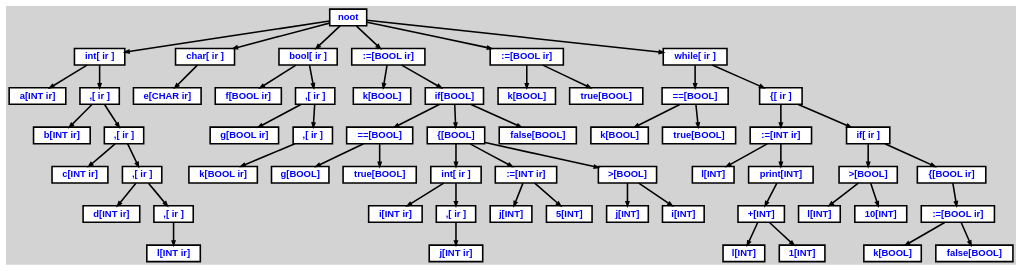
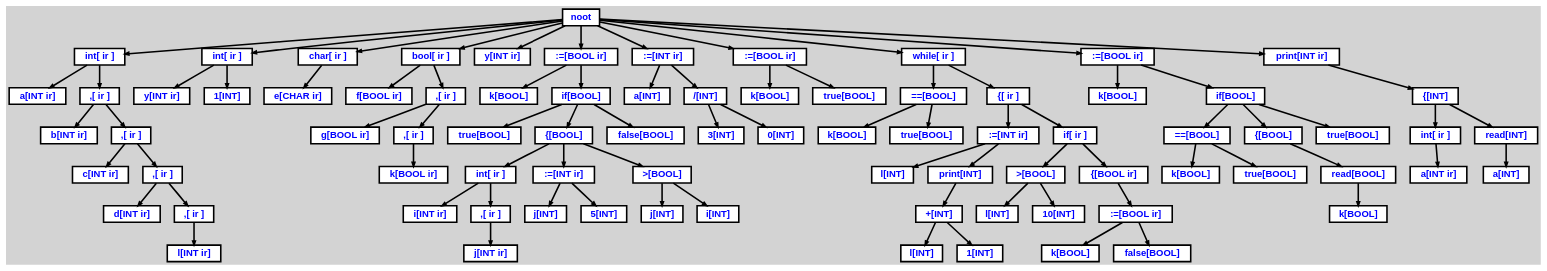
The diagram in examples/example.dot (Shamaoke/Noot-Compiler), drawn with Graphviz before and after one commit. The commit also changed 22 other files, not shown here.

```diff
--- a/examples/example.dot
+++ b/examples/example.dot
@@ -22,77 +22,111 @@
   n9 [label=",[ ir ]"];
   n9 [label=",[ ir ]"];
   n10 [label="l[INT ir]"];
-  n11 [label="char[ ir ]"];
-  n11 [label="char[ ir ]"];
-  n12 [label="e[CHAR ir]"];
-  n13 [label="bool[ ir ]"];
-  n13 [label="bool[ ir ]"];
-  n14 [label="f[BOOL ir]"];
-  n15 [label=",[ ir ]"];
-  n15 [label=",[ ir ]"];
-  n16 [label="g[BOOL ir]"];
-  n17 [label=",[ ir ]"];
-  n17 [label=",[ ir ]"];
-  n18 [label="k[BOOL ir]"];
-  n19 [label=":=[BOOL ir]"];
-  n19 [label=":=[BOOL ir]"];
-  n20 [label="k[BOOL]"];
-  n21 [label="if[BOOL]"];
-  n21 [label="if[BOOL]"];
-  n22 [label="==[BOOL]"];
-  n22 [label="==[BOOL]"];
-  n23 [label="g[BOOL]"];
-  n24 [label="true[BOOL]"];
-  n25 [label="{[BOOL]"];
-  n25 [label="{[BOOL]"];
-  n26 [label="int[ ir ]"];
-  n26 [label="int[ ir ]"];
-  n27 [label="i[INT ir]"];
-  n28 [label=",[ ir ]"];
-  n28 [label=",[ ir ]"];
-  n29 [label="j[INT ir]"];
-  n30 [label=":=[INT ir]"];
-  n30 [label=":=[INT ir]"];
-  n31 [label="j[INT]"];
-  n32 [label="5[INT]"];
-  n33 [label=">[BOOL]"];
-  n33 [label=">[BOOL]"];
-  n34 [label="j[INT]"];
-  n35 [label="i[INT]"];
-  n36 [label="false[BOOL]"];
-  n37 [label=":=[BOOL ir]"];
-  n37 [label=":=[BOOL ir]"];
-  n38 [label="k[BOOL]"];
-  n39 [label="true[BOOL]"];
-  n40 [label="while[ ir ]"];
-  n40 [label="while[ ir ]"];
-  n41 [label="==[BOOL]"];
-  n41 [label="==[BOOL]"];
-  n42 [label="k[BOOL]"];
-  n43 [label="true[BOOL]"];
-  n44 [label="{[ ir ]"];
-  n44 [label="{[ ir ]"];
-  n45 [label=":=[INT ir]"];
-  n45 [label=":=[INT ir]"];
-  n46 [label="l[INT]"];
-  n47 [label="print[INT]"];
-  n47 [label="print[INT]"];
-  n48 [label="+[INT]"];
-  n48 [label="+[INT]"];
-  n49 [label="l[INT]"];
-  n50 [label="1[INT]"];
-  n51 [label="if[ ir ]"];
-  n51 [label="if[ ir ]"];
-  n52 [label=">[BOOL]"];
-  n52 [label=">[BOOL]"];
+  n11 [label="int[ ir ]"];
+  n11 [label="int[ ir ]"];
+  n12 [label="y[INT ir]"];
+  n13 [label="1[INT]"];
+  n14 [label="char[ ir ]"];
+  n14 [label="char[ ir ]"];
+  n15 [label="e[CHAR ir]"];
+  n16 [label="bool[ ir ]"];
+  n16 [label="bool[ ir ]"];
+  n17 [label="f[BOOL ir]"];
+  n18 [label=",[ ir ]"];
+  n18 [label=",[ ir ]"];
+  n19 [label="g[BOOL ir]"];
+  n20 [label=",[ ir ]"];
+  n20 [label=",[ ir ]"];
+  n21 [label="k[BOOL ir]"];
+  n22 [label="y[INT ir]"];
+  n23 [label=":=[BOOL ir]"];
+  n23 [label=":=[BOOL ir]"];
+  n24 [label="k[BOOL]"];
+  n25 [label="if[BOOL]"];
+  n25 [label="if[BOOL]"];
+  n26 [label="true[BOOL]"];
+  n27 [label="{[BOOL]"];
+  n27 [label="{[BOOL]"];
+  n28 [label="int[ ir ]"];
+  n28 [label="int[ ir ]"];
+  n29 [label="i[INT ir]"];
+  n30 [label=",[ ir ]"];
+  n30 [label=",[ ir ]"];
+  n31 [label="j[INT ir]"];
+  n32 [label=":=[INT ir]"];
+  n32 [label=":=[INT ir]"];
+  n33 [label="j[INT]"];
+  n34 [label="5[INT]"];
+  n35 [label=">[BOOL]"];
+  n35 [label=">[BOOL]"];
+  n36 [label="j[INT]"];
+  n37 [label="i[INT]"];
+  n38 [label="false[BOOL]"];
+  n39 [label=":=[INT ir]"];
+  n39 [label=":=[INT ir]"];
+  n40 [label="a[INT]"];
+  n41 [label="/[INT]"];
+  n41 [label="/[INT]"];
+  n42 [label="3[INT]"];
+  n43 [label="0[INT]"];
+  n44 [label=":=[BOOL ir]"];
+  n44 [label=":=[BOOL ir]"];
+  n45 [label="k[BOOL]"];
+  n46 [label="true[BOOL]"];
+  n47 [label="while[ ir ]"];
+  n47 [label="while[ ir ]"];
+  n48 [label="==[BOOL]"];
+  n48 [label="==[BOOL]"];
+  n49 [label="k[BOOL]"];
+  n50 [label="true[BOOL]"];
+  n51 [label="{[ ir ]"];
+  n51 [label="{[ ir ]"];
+  n52 [label=":=[INT ir]"];
+  n52 [label=":=[INT ir]"];
   n53 [label="l[INT]"];
-  n54 [label="10[INT]"];
-  n55 [label="{[BOOL ir]"];
-  n55 [label="{[BOOL ir]"];
-  n56 [label=":=[BOOL ir]"];
-  n56 [label=":=[BOOL ir]"];
-  n57 [label="k[BOOL]"];
-  n58 [label="false[BOOL]"];
+  n54 [label="print[INT]"];
+  n54 [label="print[INT]"];
+  n55 [label="+[INT]"];
+  n55 [label="+[INT]"];
+  n56 [label="l[INT]"];
+  n57 [label="1[INT]"];
+  n58 [label="if[ ir ]"];
+  n58 [label="if[ ir ]"];
+  n59 [label=">[BOOL]"];
+  n59 [label=">[BOOL]"];
+  n60 [label="l[INT]"];
+  n61 [label="10[INT]"];
+  n62 [label="{[BOOL ir]"];
+  n62 [label="{[BOOL ir]"];
+  n63 [label=":=[BOOL ir]"];
+  n63 [label=":=[BOOL ir]"];
+  n64 [label="k[BOOL]"];
+  n65 [label="false[BOOL]"];
+  n66 [label=":=[BOOL ir]"];
+  n66 [label=":=[BOOL ir]"];
+  n67 [label="k[BOOL]"];
+  n68 [label="if[BOOL]"];
+  n68 [label="if[BOOL]"];
+  n69 [label="==[BOOL]"];
+  n69 [label="==[BOOL]"];
+  n70 [label="k[BOOL]"];
+  n71 [label="true[BOOL]"];
+  n72 [label="{[BOOL]"];
+  n72 [label="{[BOOL]"];
+  n73 [label="read[BOOL]"];
+  n73 [label="read[BOOL]"];
+  n74 [label="k[BOOL]"];
+  n75 [label="true[BOOL]"];
+  n76 [label="print[INT ir]"];
+  n76 [label="print[INT ir]"];
+  n77 [label="{[INT]"];
+  n77 [label="{[INT]"];
+  n78 [label="int[ ir ]"];
+  n78 [label="int[ ir ]"];
+  n79 [label="a[INT ir]"];
+  n80 [label="read[INT]"];
+  n80 [label="read[INT]"];
+  n81 [label="a[INT]"];
 
   n0 -> n1 // "noot" -> "int[ ir ]"
   n1 -> n2 // "int[ ir ]" -> "a[INT ir]"
@@ -104,53 +138,76 @@
   n7 -> n8 // ",[ ir ]" -> "d[INT ir]"
   n7 -> n9 // ",[ ir ]" -> ",[ ir ]"
   n9 -> n10 // ",[ ir ]" -> "l[INT ir]"
-  n0 -> n11 // "noot" -> "char[ ir ]"
-  n11 -> n12 // "char[ ir ]" -> "e[CHAR ir]"
-  n0 -> n13 // "noot" -> "bool[ ir ]"
-  n13 -> n14 // "bool[ ir ]" -> "f[BOOL ir]"
-  n13 -> n15 // "bool[ ir ]" -> ",[ ir ]"
-  n15 -> n16 // ",[ ir ]" -> "g[BOOL ir]"
-  n15 -> n17 // ",[ ir ]" -> ",[ ir ]"
-  n17 -> n18 // ",[ ir ]" -> "k[BOOL ir]"
-  n0 -> n19 // "noot" -> ":=[BOOL ir]"
-  n19 -> n20 // ":=[BOOL ir]" -> "k[BOOL]"
-  n19 -> n21 // ":=[BOOL ir]" -> "if[BOOL]"
-  n21 -> n22 // "if[BOOL]" -> "==[BOOL]"
-  n22 -> n23 // "==[BOOL]" -> "g[BOOL]"
-  n22 -> n24 // "==[BOOL]" -> "true[BOOL]"
-  n21 -> n25 // "if[BOOL]" -> "{[BOOL]"
-  n25 -> n26 // "{[BOOL]" -> "int[ ir ]"
-  n26 -> n27 // "int[ ir ]" -> "i[INT ir]"
-  n26 -> n28 // "int[ ir ]" -> ",[ ir ]"
-  n28 -> n29 // ",[ ir ]" -> "j[INT ir]"
-  n25 -> n30 // "{[BOOL]" -> ":=[INT ir]"
-  n30 -> n31 // ":=[INT ir]" -> "j[INT]"
-  n30 -> n32 // ":=[INT ir]" -> "5[INT]"
-  n25 -> n33 // "{[BOOL]" -> ">[BOOL]"
-  n33 -> n34 // ">[BOOL]" -> "j[INT]"
-  n33 -> n35 // ">[BOOL]" -> "i[INT]"
-  n21 -> n36 // "if[BOOL]" -> "false[BOOL]"
-  n0 -> n37 // "noot" -> ":=[BOOL ir]"
-  n37 -> n38 // ":=[BOOL ir]" -> "k[BOOL]"
-  n37 -> n39 // ":=[BOOL ir]" -> "true[BOOL]"
-  n0 -> n40 // "noot" -> "while[ ir ]"
-  n40 -> n41 // "while[ ir ]" -> "==[BOOL]"
-  n41 -> n42 // "==[BOOL]" -> "k[BOOL]"
-  n41 -> n43 // "==[BOOL]" -> "true[BOOL]"
-  n40 -> n44 // "while[ ir ]" -> "{[ ir ]"
-  n44 -> n45 // "{[ ir ]" -> ":=[INT ir]"
-  n45 -> n46 // ":=[INT ir]" -> "l[INT]"
-  n45 -> n47 // ":=[INT ir]" -> "print[INT]"
-  n47 -> n48 // "print[INT]" -> "+[INT]"
-  n48 -> n49 // "+[INT]" -> "l[INT]"
-  n48 -> n50 // "+[INT]" -> "1[INT]"
-  n44 -> n51 // "{[ ir ]" -> "if[ ir ]"
-  n51 -> n52 // "if[ ir ]" -> ">[BOOL]"
-  n52 -> n53 // ">[BOOL]" -> "l[INT]"
-  n52 -> n54 // ">[BOOL]" -> "10[INT]"
-  n51 -> n55 // "if[ ir ]" -> "{[BOOL ir]"
-  n55 -> n56 // "{[BOOL ir]" -> ":=[BOOL ir]"
-  n56 -> n57 // ":=[BOOL ir]" -> "k[BOOL]"
-  n56 -> n58 // ":=[BOOL ir]" -> "false[BOOL]"
+  n0 -> n11 // "noot" -> "int[ ir ]"
+  n11 -> n12 // "int[ ir ]" -> "y[INT ir]"
+  n11 -> n13 // "int[ ir ]" -> "1[INT]"
+  n0 -> n14 // "noot" -> "char[ ir ]"
+  n14 -> n15 // "char[ ir ]" -> "e[CHAR ir]"
+  n0 -> n16 // "noot" -> "bool[ ir ]"
+  n16 -> n17 // "bool[ ir ]" -> "f[BOOL ir]"
+  n16 -> n18 // "bool[ ir ]" -> ",[ ir ]"
+  n18 -> n19 // ",[ ir ]" -> "g[BOOL ir]"
+  n18 -> n20 // ",[ ir ]" -> ",[ ir ]"
+  n20 -> n21 // ",[ ir ]" -> "k[BOOL ir]"
+  n0 -> n22 // "noot" -> "y[INT ir]"
+  n0 -> n23 // "noot" -> ":=[BOOL ir]"
+  n23 -> n24 // ":=[BOOL ir]" -> "k[BOOL]"
+  n23 -> n25 // ":=[BOOL ir]" -> "if[BOOL]"
+  n25 -> n26 // "if[BOOL]" -> "true[BOOL]"
+  n25 -> n27 // "if[BOOL]" -> "{[BOOL]"
+  n27 -> n28 // "{[BOOL]" -> "int[ ir ]"
+  n28 -> n29 // "int[ ir ]" -> "i[INT ir]"
+  n28 -> n30 // "int[ ir ]" -> ",[ ir ]"
+  n30 -> n31 // ",[ ir ]" -> "j[INT ir]"
+  n27 -> n32 // "{[BOOL]" -> ":=[INT ir]"
+  n32 -> n33 // ":=[INT ir]" -> "j[INT]"
+  n32 -> n34 // ":=[INT ir]" -> "5[INT]"
+  n27 -> n35 // "{[BOOL]" -> ">[BOOL]"
+  n35 -> n36 // ">[BOOL]" -> "j[INT]"
+  n35 -> n37 // ">[BOOL]" -> "i[INT]"
+  n25 -> n38 // "if[BOOL]" -> "false[BOOL]"
+  n0 -> n39 // "noot" -> ":=[INT ir]"
+  n39 -> n40 // ":=[INT ir]" -> "a[INT]"
+  n39 -> n41 // ":=[INT ir]" -> "/[INT]"
+  n41 -> n42 // "/[INT]" -> "3[INT]"
+  n41 -> n43 // "/[INT]" -> "0[INT]"
+  n0 -> n44 // "noot" -> ":=[BOOL ir]"
+  n44 -> n45 // ":=[BOOL ir]" -> "k[BOOL]"
+  n44 -> n46 // ":=[BOOL ir]" -> "true[BOOL]"
+  n0 -> n47 // "noot" -> "while[ ir ]"
+  n47 -> n48 // "while[ ir ]" -> "==[BOOL]"
+  n48 -> n49 // "==[BOOL]" -> "k[BOOL]"
+  n48 -> n50 // "==[BOOL]" -> "true[BOOL]"
+  n47 -> n51 // "while[ ir ]" -> "{[ ir ]"
+  n51 -> n52 // "{[ ir ]" -> ":=[INT ir]"
+  n52 -> n53 // ":=[INT ir]" -> "l[INT]"
+  n52 -> n54 // ":=[INT ir]" -> "print[INT]"
+  n54 -> n55 // "print[INT]" -> "+[INT]"
+  n55 -> n56 // "+[INT]" -> "l[INT]"
+  n55 -> n57 // "+[INT]" -> "1[INT]"
+  n51 -> n58 // "{[ ir ]" -> "if[ ir ]"
+  n58 -> n59 // "if[ ir ]" -> ">[BOOL]"
+  n59 -> n60 // ">[BOOL]" -> "l[INT]"
+  n59 -> n61 // ">[BOOL]" -> "10[INT]"
+  n58 -> n62 // "if[ ir ]" -> "{[BOOL ir]"
+  n62 -> n63 // "{[BOOL ir]" -> ":=[BOOL ir]"
+  n63 -> n64 // ":=[BOOL ir]" -> "k[BOOL]"
+  n63 -> n65 // ":=[BOOL ir]" -> "false[BOOL]"
+  n0 -> n66 // "noot" -> ":=[BOOL ir]"
+  n66 -> n67 // ":=[BOOL ir]" -> "k[BOOL]"
+  n66 -> n68 // ":=[BOOL ir]" -> "if[BOOL]"
+  n68 -> n69 // "if[BOOL]" -> "==[BOOL]"
+  n69 -> n70 // "==[BOOL]" -> "k[BOOL]"
+  n69 -> n71 // "==[BOOL]" -> "true[BOOL]"
+  n68 -> n72 // "if[BOOL]" -> "{[BOOL]"
+  n72 -> n73 // "{[BOOL]" -> "read[BOOL]"
+  n73 -> n74 // "read[BOOL]" -> "k[BOOL]"
+  n68 -> n75 // "if[BOOL]" -> "true[BOOL]"
+  n0 -> n76 // "noot" -> "print[INT ir]"
+  n76 -> n77 // "print[INT ir]" -> "{[INT]"
+  n77 -> n78 // "{[INT]" -> "int[ ir ]"
+  n78 -> n79 // "int[ ir ]" -> "a[INT ir]"
+  n77 -> n80 // "{[INT]" -> "read[INT]"
+  n80 -> n81 // "read[INT]" -> "a[INT]"
 
 }
```
